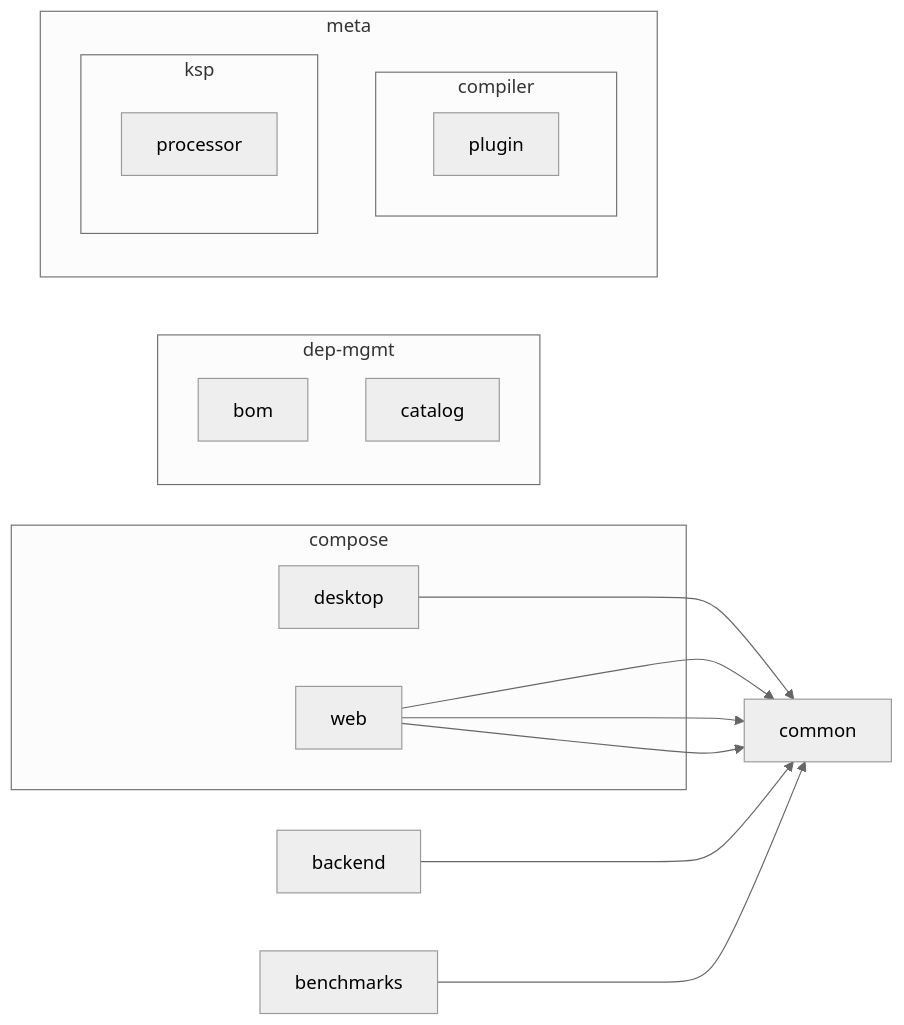
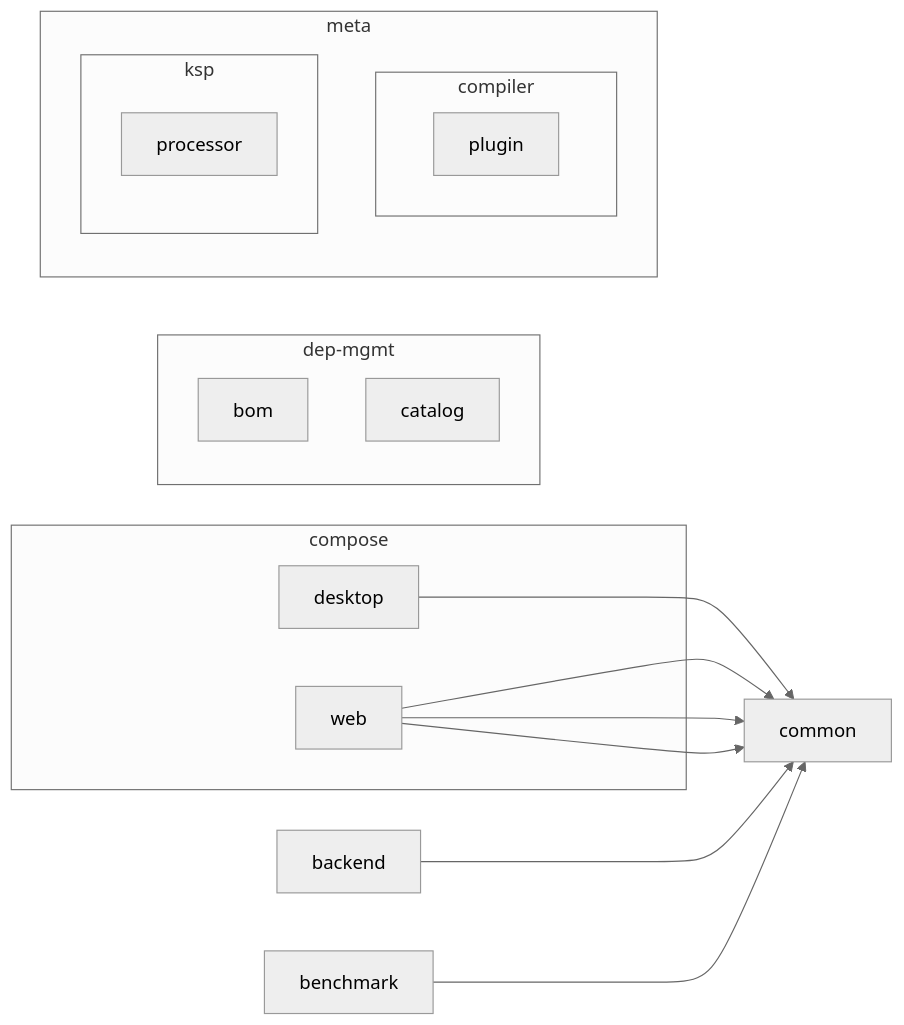
One commit to sureshg/kotlin-mpp-playground changed the diagram in README.md. Above: the diagram before and after it, drawn with Mermaid. The commit also changed other lines of this file and 5 other files, not shown here.

````diff
--- a/README.md
+++ b/README.md
@@ -125,37 +125,37 @@
 ```mermaid
 %%{
   init: {
     'theme': 'neutral'
   }
 }%%
 
 graph LR
 
   subgraph compose
     desktop
     web
   end
   subgraph dep-mgmt
     bom
     catalog
   end
   subgraph meta
     compiler
     ksp
   end
   subgraph compiler
     compiler
     plugin
   end
   subgraph ksp
     ksp
     processor
   end
   web --> common
   web --> common
   desktop --> common
   backend --> common
   web --> common
-  benchmarks --> common
+  benchmark --> common
 
 ```
````
